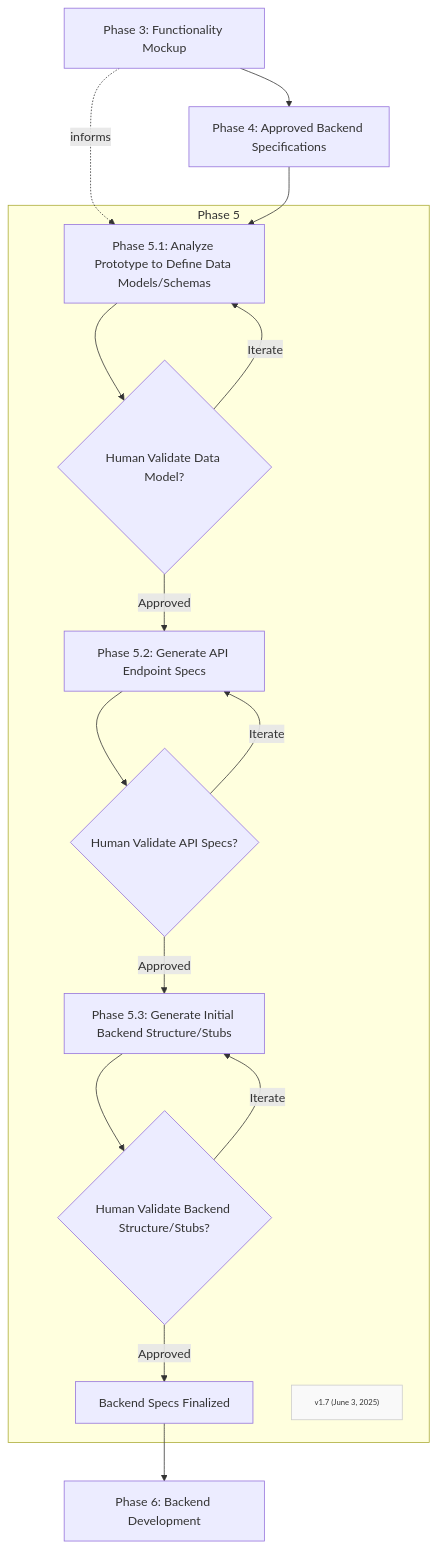
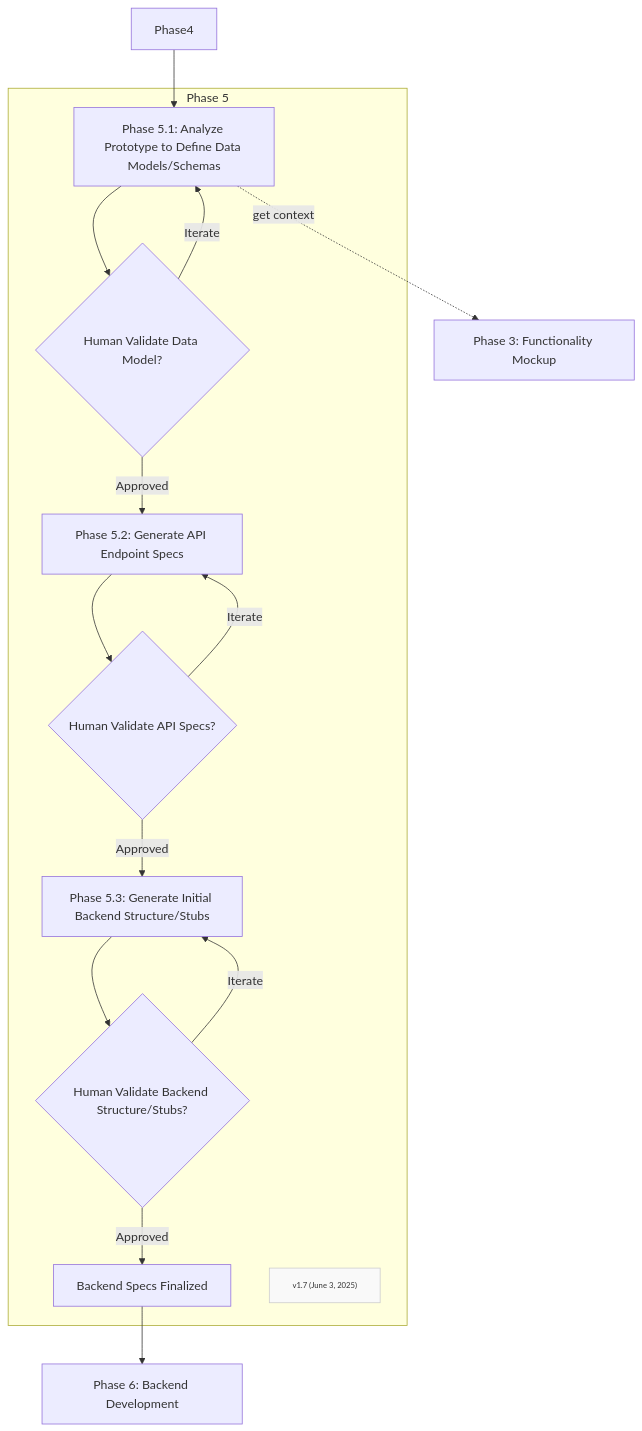
Before and after one commit to Mharbulous/Front-First-Method: the diagram in Phases/FF-phase5.md, drawn with Mermaid.

Commit message:
refine phase 5 diagram

````diff
--- a/Phases/FF-phase5.md
+++ b/Phases/FF-phase5.md
@@ -1,25 +1,25 @@
 ```mermaid
 graph TD
 
-Phase3["Phase 3: Functionality Mockup"] -.->|informs| Phase5_1["Build Backend"]
-Phase3["Phase 3: Functionality Mockup"] --> Phase4["Phase 4: Approved Backend Specifications"]
 Phase4 --> Phase5_1
 
     subgraph Phase5["Phase 5"]
         Phase5_1["Phase 5.1: Analyze Prototype to Define Data Models/Schemas"]    
         Phase5_1 --> Phase5_1_Val{"Human Validate Data Model?"}
         Phase5_1_Val -->|Iterate| Phase5_1
         Phase5_1_Val -->|Approved| Phase5_2["Phase 5.2: Generate API Endpoint Specs"]
         Phase5_2 --> Phase5_2_Val{"Human Validate API Specs?"}
         Phase5_2_Val -->|Iterate| Phase5_2
         Phase5_2_Val -->|Approved| Phase5_3["Phase 5.3: Generate Initial Backend Structure/Stubs"]
         Phase5_3 --> Phase5_3_Val{"Human Validate Backend Structure/Stubs?"}
         Phase5_3_Val -->|Iterate| Phase5_3
         Phase5_3_Val -->|Approved| BackendSpecsFinalized["Backend Specs Finalized"]
         Version["v1.7 (June 3, 2025)"]
         classDef version fill:#f9f9f9,stroke:#ccc,font-size:10px
         class Version version
     end
+ 
+Phase5_1 -.->|get context|Phase3["Phase 3: Functionality Mockup"]
 
 BackendSpecsFinalized --> Phase6["Phase 6: Backend Development"]
 ```
````
